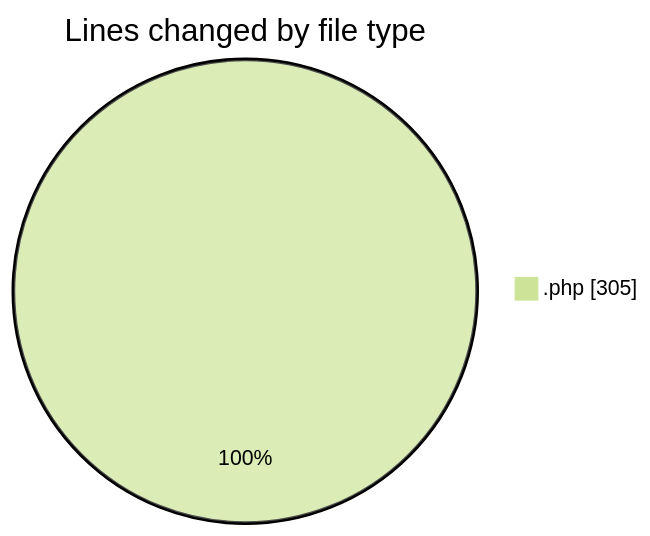
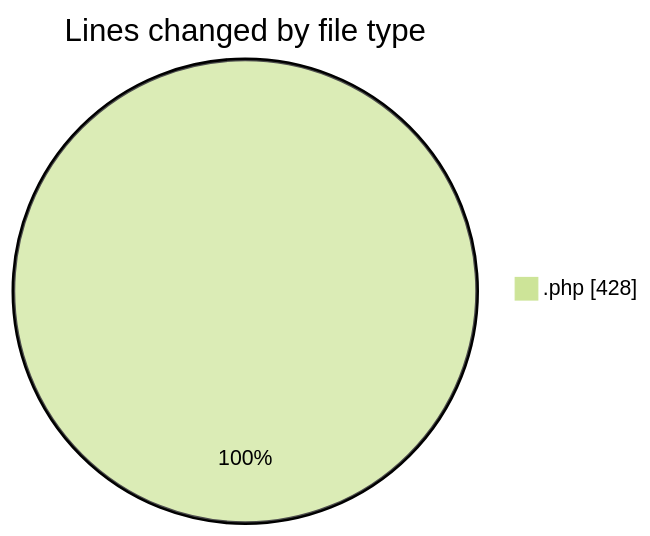
The first of 2 diagrams in 2025-06-06/qrcodejs-master/README.md (LanceThiago/code-tracking), drawn with Mermaid (forest theme) before and after one commit. The commit also changed other lines of this file and 1 other file, not shown here.

````diff
--- a/2025-06-06/qrcodejs-master/README.md
+++ b/2025-06-06/qrcodejs-master/README.md
@@ -22,5 +22,5 @@
 ```mermaid
 pie showData
 title Lines changed by file type
-".php" : 305
+".php" : 428
 ```
````
